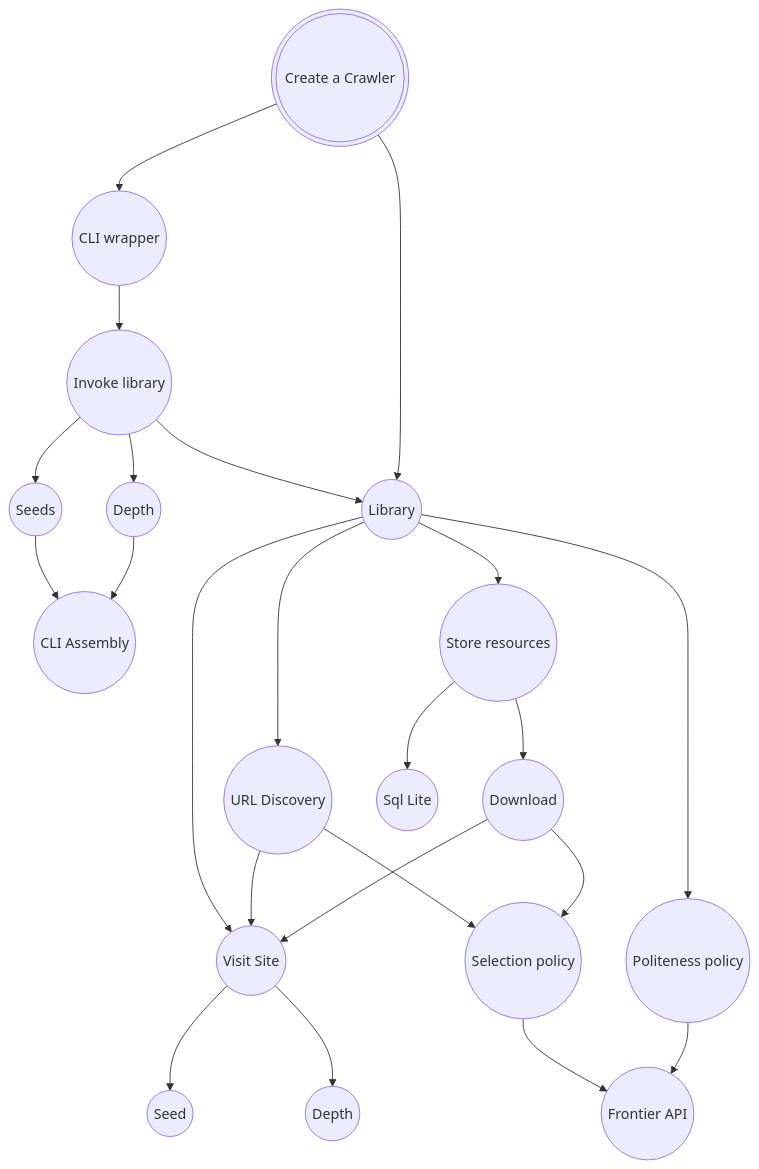
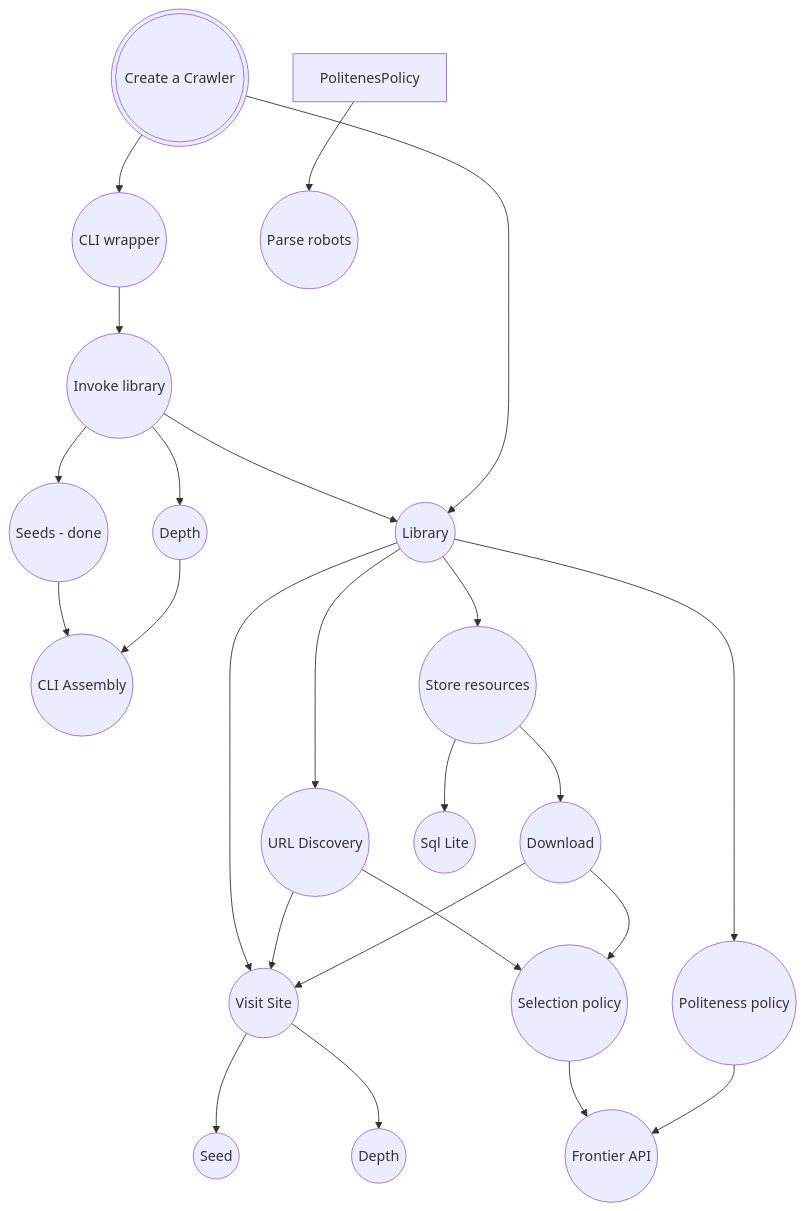
Before and after one commit to KhangWoei/dotnet-snippets: the diagram in docs/Mikado.md, drawn with Mermaid.

Commit message:
update mikado

````diff
--- a/docs/Mikado.md
+++ b/docs/Mikado.md
@@ -1,60 +1,63 @@
 ```mermaid
 flowchart TD
 
   Goal((("Create a Crawler")))
 
   Goal-->CommandLine  
   CommandLine(("CLI wrapper"))
     
     CommandLine-->InvokeCrawlerLibrary
     InvokeCrawlerLibrary(("Invoke library"))
 
         InvokeCrawlerLibrary-->Library
 
         InvokeCrawlerLibrary-->SeedFlag
-        SeedFlag(("Seeds"))
+        SeedFlag(("Seeds - done"))
 
         InvokeCrawlerLibrary-->DepthFlag
         DepthFlag(("Depth"))
 
             SeedFlag-->CreateCLIAssembly
             DepthFlag-->CreateCLIAssembly
             CreateCLIAssembly(("CLI Assembly"))
 
   Goal-->Library
   Library(("Library"))
     
     Library-->Visit
     WebsiteDiscovery-->Visit
     DownloadContent-->Visit
     Visit(("Visit Site"))
 
     Visit-->InitialSeed
     InitialSeed(("Seed"))
 
     Visit-->InitialDepth
     InitialDepth(("Depth"))
 
     Library-->WebsiteDiscovery
     WebsiteDiscovery(("URL Discovery"))
 
     Library-->StoreResources
     StoreResources(("Store resources"))
 
         StoreResources-->Database
         Database(("Sql Lite"))
 
         StoreResources-->DownloadContent
         DownloadContent(("Download"))
         
     WebsiteDiscovery-->SelectionPolicy
     DownloadContent-->SelectionPolicy
     SelectionPolicy(("Selection policy"))
 
     Library-->PolitenessPolicy
     PolitenessPolicy(("Politeness policy"))
+    
+        PolitenesPolicy-->ParseRobots
+        ParseRobots(("Parse robots"))
 
   SelectionPolicy-->FrontierAPI
   PolitenessPolicy-->FrontierAPI
   FrontierAPI(("Frontier API"))
 ```
````
